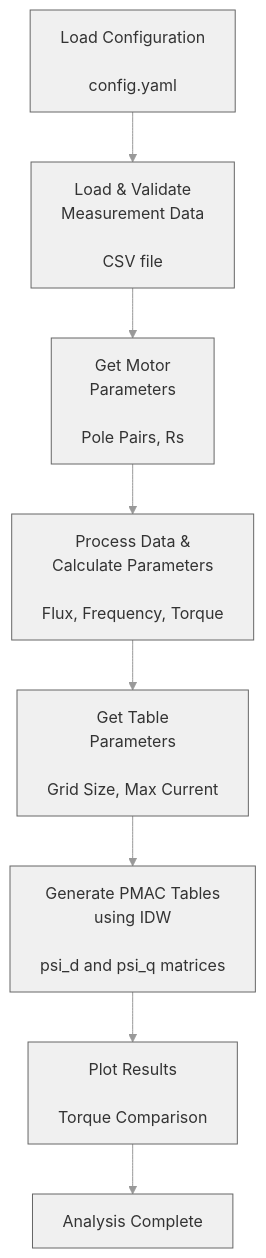
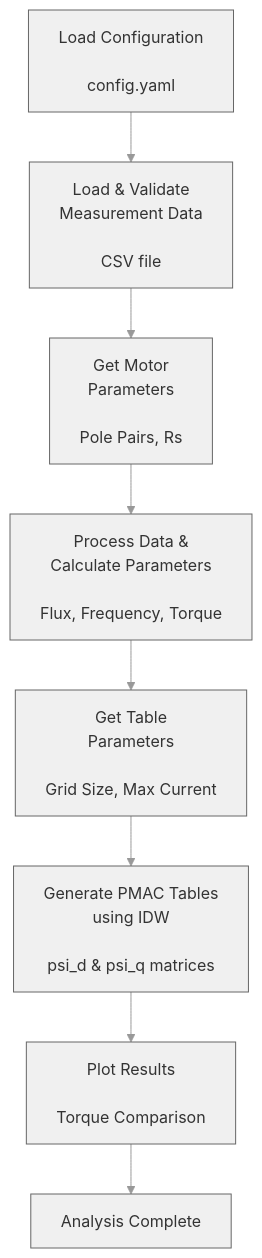
Before and after one commit to seanbf/tableGen: the first of 3 diagrams in docs/README.md, drawn with Mermaid. The commit also changed other lines of this file, not shown here.

First line of the commit message:
Revert "Fix mermaid diagrams and equations: replace Unicode with ASCII for better compatibility"

````diff
--- a/docs/README.md
+++ b/docs/README.md
@@ -11,11 +11,11 @@
 ```mermaid
 %%{init: {'theme':'base', 'themeVariables': { 'primaryColor':'#f0f0f0', 'primaryTextColor':'#333', 'primaryBorderColor':'#666', 'lineColor':'#999', 'secondBkgColor':'#e8e8e8', 'tertiaryColor':'#fff'}}}%%
 graph TD
     A["Load Configuration<br/><br/>config.yaml"] --> B["Load & Validate<br/>Measurement Data<br/><br/>CSV file"]
     B --> C["Get Motor<br/>Parameters<br/><br/>Pole Pairs, Rs"]
     C --> D["Process Data &<br/>Calculate Parameters<br/><br/>Flux, Frequency, Torque"]
     D --> E["Get Table<br/>Parameters<br/><br/>Grid Size, Max Current"]
-    E --> F["Generate PMAC Tables<br/>using IDW<br/><br/>psi_d and psi_q matrices"]
+    E --> F["Generate PMAC Tables<br/>using IDW<br/><br/>psi_d & psi_q matrices"]
     F --> G["Plot Results<br/><br/>Torque Comparison"]
     G --> H["Analysis Complete"]
 ```
````
